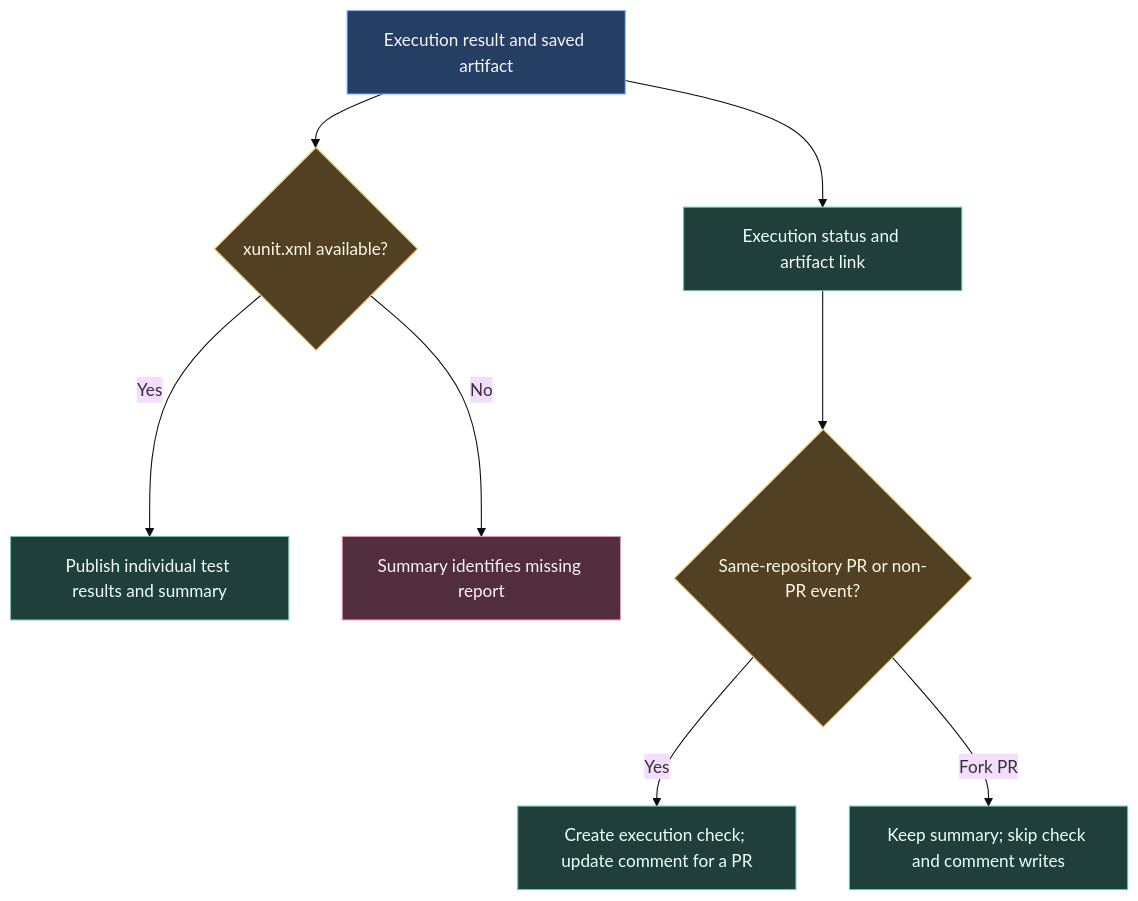
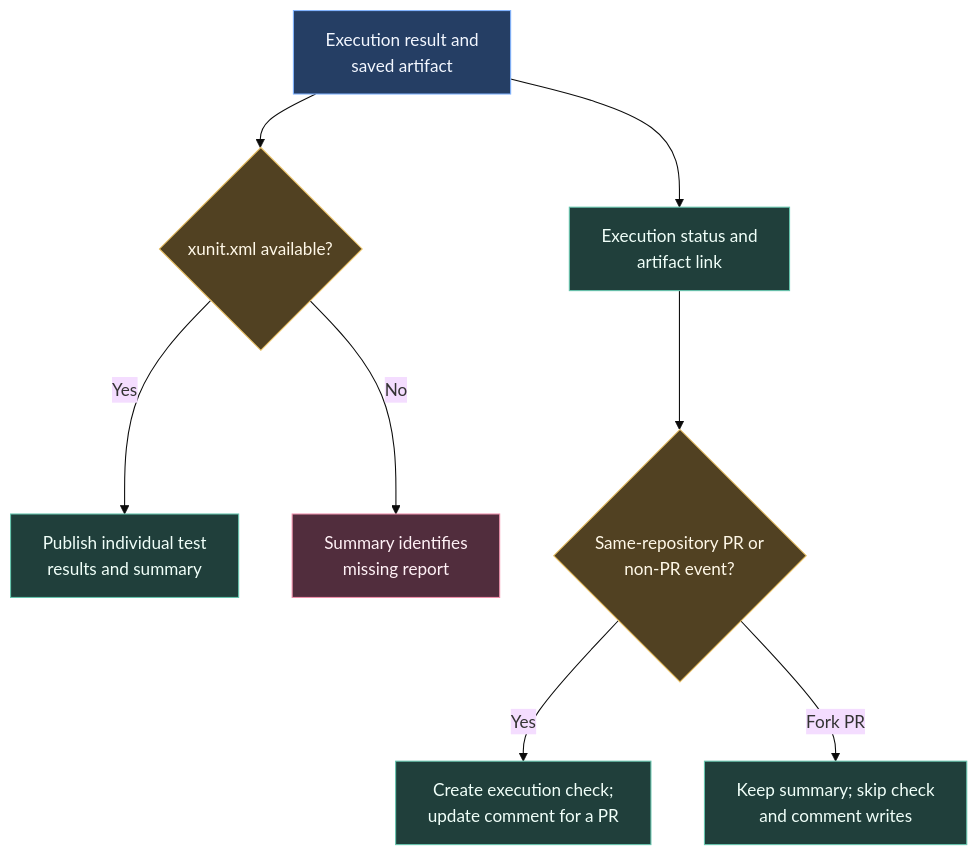
Before and after one commit to ARTTU-Software/.github: the second of 2 diagrams in docs/ci/renode.md, drawn with Mermaid (base theme). The commit also changed other lines of this file and 12 other files, not shown here.

Commit message:
docs: keep diagram labels readable within their nodes

````diff
--- a/docs/ci/renode.md
+++ b/docs/ci/renode.md
@@ -52,18 +52,18 @@
 ```mermaid
 flowchart TB
-    RESULTS["Execution result and saved artifact"] --> XML{"xunit.xml available?"}
-    XML -->|Yes| UNIT["Publish individual test results and summary"]
-    XML -->|No| MISSING["Summary identifies missing report"]
-    RESULTS --> STATUS["Execution status and artifact link"]
-    STATUS --> WRITES{"Same-repository PR or non-PR event?"}
-    WRITES -->|Yes| CHECK["Create execution check; update comment for a PR"]
-    WRITES -->|Fork PR| READ["Keep summary; skip check and comment writes"]
+    RESULTS["Execution result and<br/>saved artifact"] --> XML{"xunit.xml available?"}
+    XML -->|Yes| UNIT["Publish individual test<br/>results and summary"]
+    XML -->|No| MISSING["Summary identifies<br/>missing report"]
+    RESULTS --> STATUS["Execution status and<br/>artifact link"]
+    STATUS --> WRITES{"Same-repository PR or<br/>non-PR event?"}
+    WRITES -->|Yes| CHECK["Create execution check;<br/>update comment for a PR"]
+    WRITES -->|Fork PR| READ["Keep summary; skip check<br/>and comment writes"]
     classDef event fill:#253e64,stroke:#82b4ff,color:#f3f7ff
     classDef work fill:#203f3b,stroke:#66c5ae,color:#f0fff9
     classDef check fill:#514122,stroke:#e8bf63,color:#fff8e8
     classDef failure fill:#512d3d,stroke:#ef91ac,color:#fff1f6
     class RESULTS event
     class XML,WRITES check
     class UNIT,STATUS,CHECK,READ work
     class MISSING failure
 ```
````
